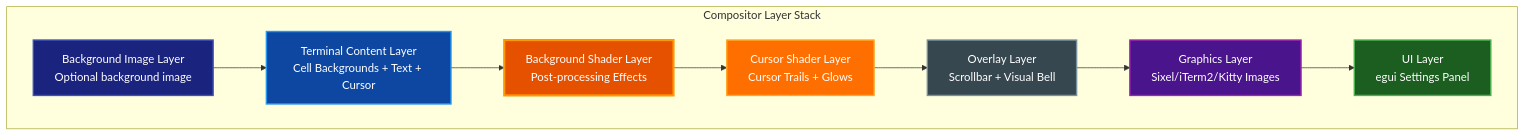
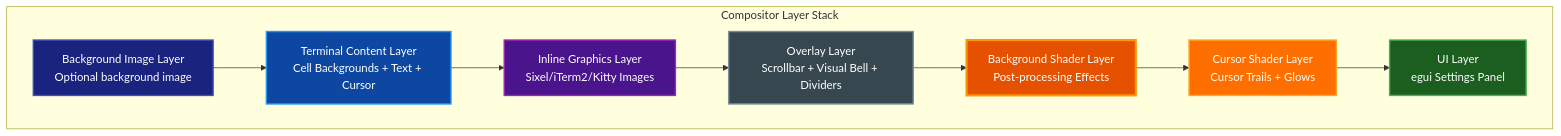
One commit to paulrobello/par-term changed the first of 5 diagrams in docs/COMPOSITOR.md. Above: the diagram before and after it, drawn with Mermaid. The commit also changed other lines of this file and 43 other files, not shown here.

````diff
--- a/docs/COMPOSITOR.md
+++ b/docs/COMPOSITOR.md
@@ -52,27 +52,27 @@
 ```mermaid
 graph TB
     subgraph "Compositor Layer Stack"
         L0[Background Image Layer<br/>Optional background image]
         L1[Terminal Content Layer<br/>Cell Backgrounds + Text + Cursor]
-        L2[Background Shader Layer<br/>Post-processing Effects]
-        L3[Cursor Shader Layer<br/>Cursor Trails + Glows]
-        L4[Overlay Layer<br/>Scrollbar + Visual Bell]
-        L5[Graphics Layer<br/>Sixel/iTerm2/Kitty Images]
+        L2[Inline Graphics Layer<br/>Sixel/iTerm2/Kitty Images]
+        L3[Overlay Layer<br/>Scrollbar + Visual Bell + Dividers]
+        L4[Background Shader Layer<br/>Post-processing Effects]
+        L5[Cursor Shader Layer<br/>Cursor Trails + Glows]
         L6[UI Layer<br/>egui Settings Panel]
     end
 
     L0 --> L1
     L1 --> L2
     L2 --> L3
     L3 --> L4
     L4 --> L5
     L5 --> L6
 
     style L0 fill:#1a237e,stroke:#3f51b5,stroke-width:2px,color:#ffffff
     style L1 fill:#0d47a1,stroke:#2196f3,stroke-width:2px,color:#ffffff
-    style L2 fill:#e65100,stroke:#ff9800,stroke-width:3px,color:#ffffff
-    style L3 fill:#ff6f00,stroke:#ffa726,stroke-width:2px,color:#ffffff
-    style L4 fill:#37474f,stroke:#78909c,stroke-width:2px,color:#ffffff
-    style L5 fill:#4a148c,stroke:#9c27b0,stroke-width:2px,color:#ffffff
+    style L2 fill:#4a148c,stroke:#9c27b0,stroke-width:2px,color:#ffffff
+    style L3 fill:#37474f,stroke:#78909c,stroke-width:2px,color:#ffffff
+    style L4 fill:#e65100,stroke:#ff9800,stroke-width:3px,color:#ffffff
+    style L5 fill:#ff6f00,stroke:#ffa726,stroke-width:2px,color:#ffffff
     style L6 fill:#1b5e20,stroke:#4caf50,stroke-width:2px,color:#ffffff
 ```
````
